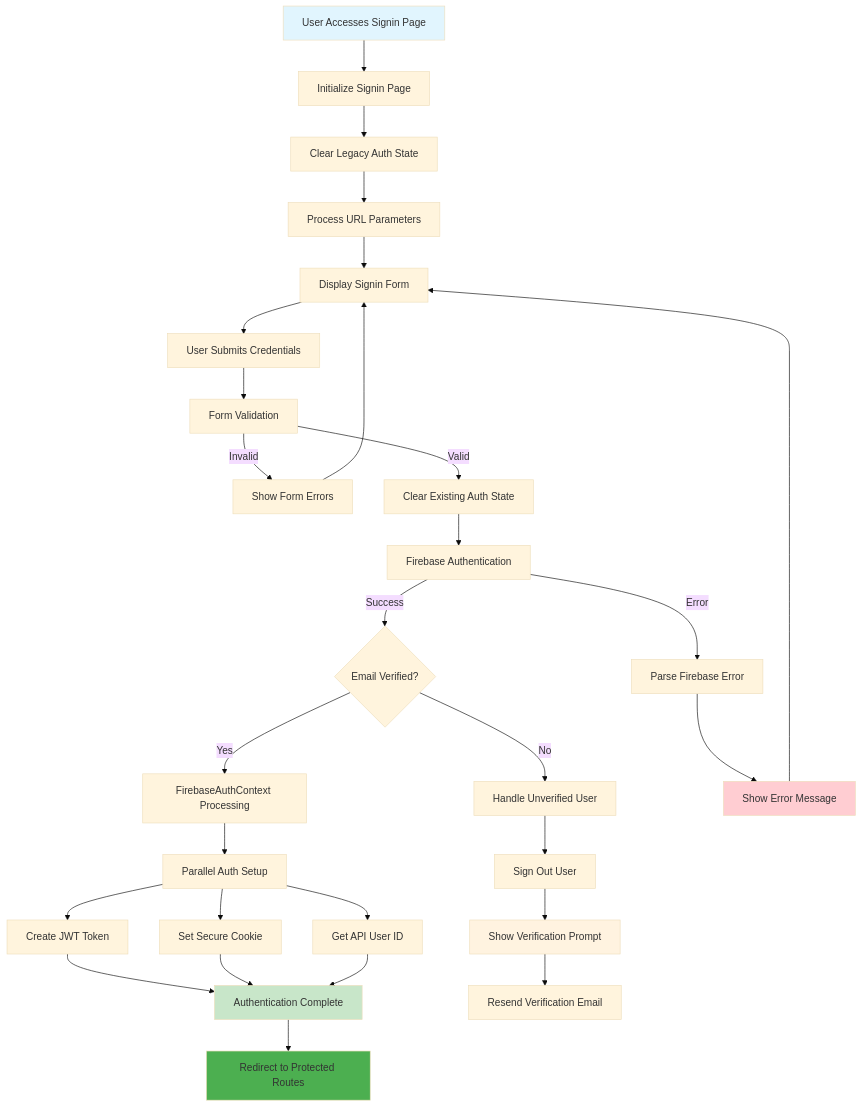
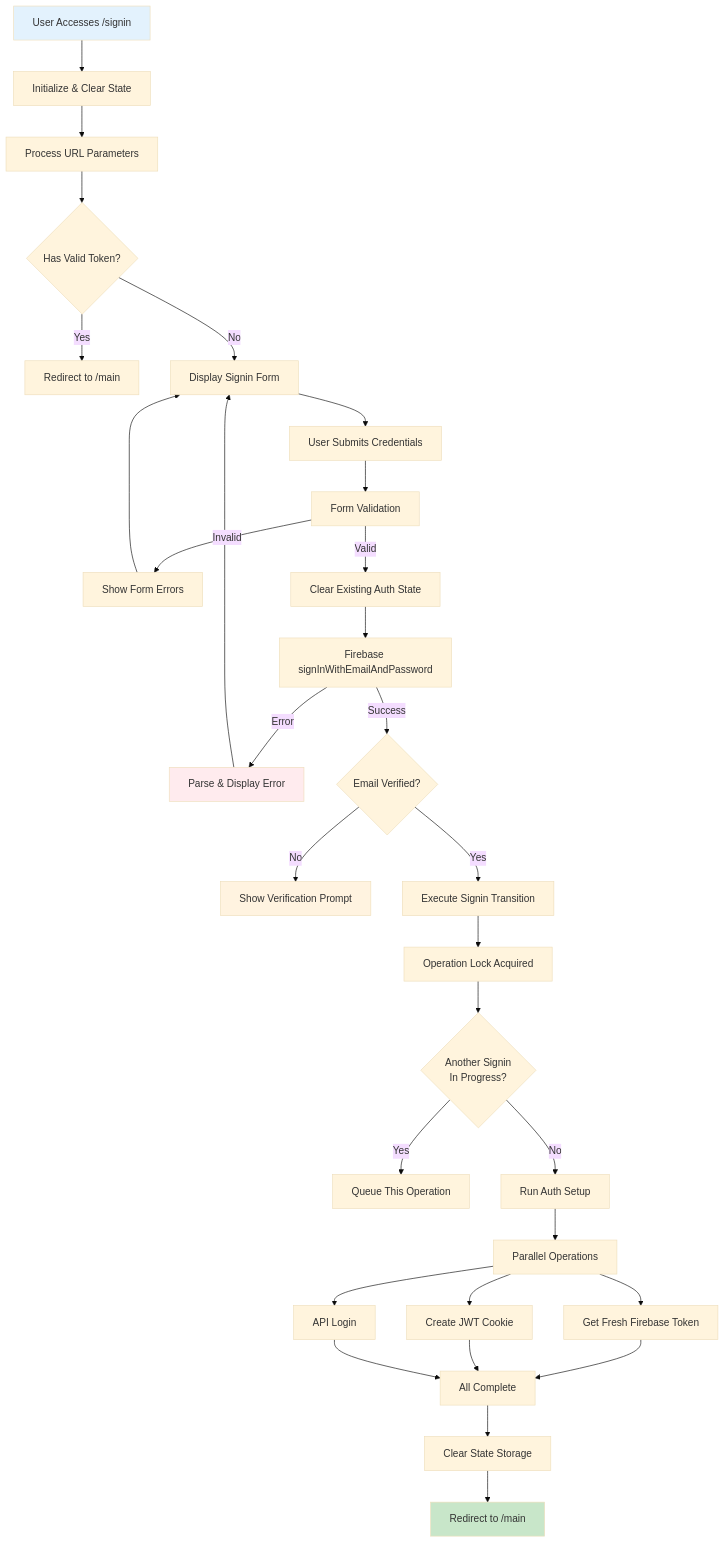
The first of 7 diagrams in docs/signin.md (benxgao/certifai-app), drawn with Mermaid (base theme) before and after one commit. The commit also changed other lines of this file and 3 other files, not shown here.

````diff
--- a/docs/signin.md
+++ b/docs/signin.md
@@ -22,44 +24,46 @@
 ```mermaid
 graph TD
-    A[User Accesses Signin Page] --> B[Initialize Signin Page]
-    B --> C[Clear Legacy Auth State]
-    C --> D[Process URL Parameters]
-    D --> E[Display Signin Form]
+    A[User Accesses /signin] --> B[Initialize & Clear State]
+    B --> C[Process URL Parameters]
+    C --> D{Has Valid Token?}
 
-    E --> F[User Submits Credentials]
-    F --> G[Form Validation]
-    G -->|Invalid| H[Show Form Errors]
-    G -->|Valid| I[Clear Existing Auth State]
+    D -->|Yes| E[Redirect to /main]
+    D -->|No| F[Display Signin Form]
 
-    I --> J[Firebase Authentication]
-    J -->|Success| K{Email Verified?}
-    J -->|Error| L[Parse Firebase Error]
+    F --> G[User Submits Credentials]
+    G --> H[Form Validation]
+    H -->|Invalid| I[Show Form Errors]
+    I --> F
 
-    K -->|Yes| M[FirebaseAuthContext Processing]
-    K -->|No| N[Handle Unverified User]
+    H -->|Valid| J[Clear Existing Auth State]
+    J --> K[Firebase signInWithEmailAndPassword]
 
-    M --> O[Parallel Auth Setup]
-    O --> P[Create JWT Token]
-    O --> Q[Set Secure Cookie]
-    O --> R[Get API User ID]
+    K -->|Error| L[Parse & Display Error]
+    L --> F
 
-    P --> S[Authentication Complete]
-    Q --> S
-    R --> S
+    K -->|Success| M{Email Verified?}
+    M -->|No| N[Show Verification Prompt]
+    M -->|Yes| O[Execute Signin Transition]
 
-    S --> T[Redirect to Protected Routes]
+    O --> P[Operation Lock Acquired]
+    P --> Q{Another Signin\nIn Progress?}
+    Q -->|Yes| R[Queue This Operation]
+    Q -->|No| S[Run Auth Setup]
 
-    N --> U[Sign Out User]
-    U --> V[Show Verification Prompt]
-    V --> W[Resend Verification Email]
+    S --> T[Parallel Operations]
+    T --> U[Get Fresh Firebase Token]
+    T --> V[Create JWT Cookie]
+    T --> W[API Login]
 
-    L --> X[Show Error Message]
-    H --> E
-    X --> E
+    U --> X[All Complete]
+    V --> X
+    W --> X
 
-    style A fill:#e1f5fe
-    style S fill:#c8e6c9
-    style T fill:#4caf50
-    style V fill:#fff3e0
-    style X fill:#ffcdd2
+    X --> Y[Clear State Storage]
+    Y --> Z[Redirect to /main]
+
+    style A fill:#e3f2fd
+    style Z fill:#c8e6c9
+    style N fill:#fff3e0
+    style L fill:#ffebee
 ```
````
